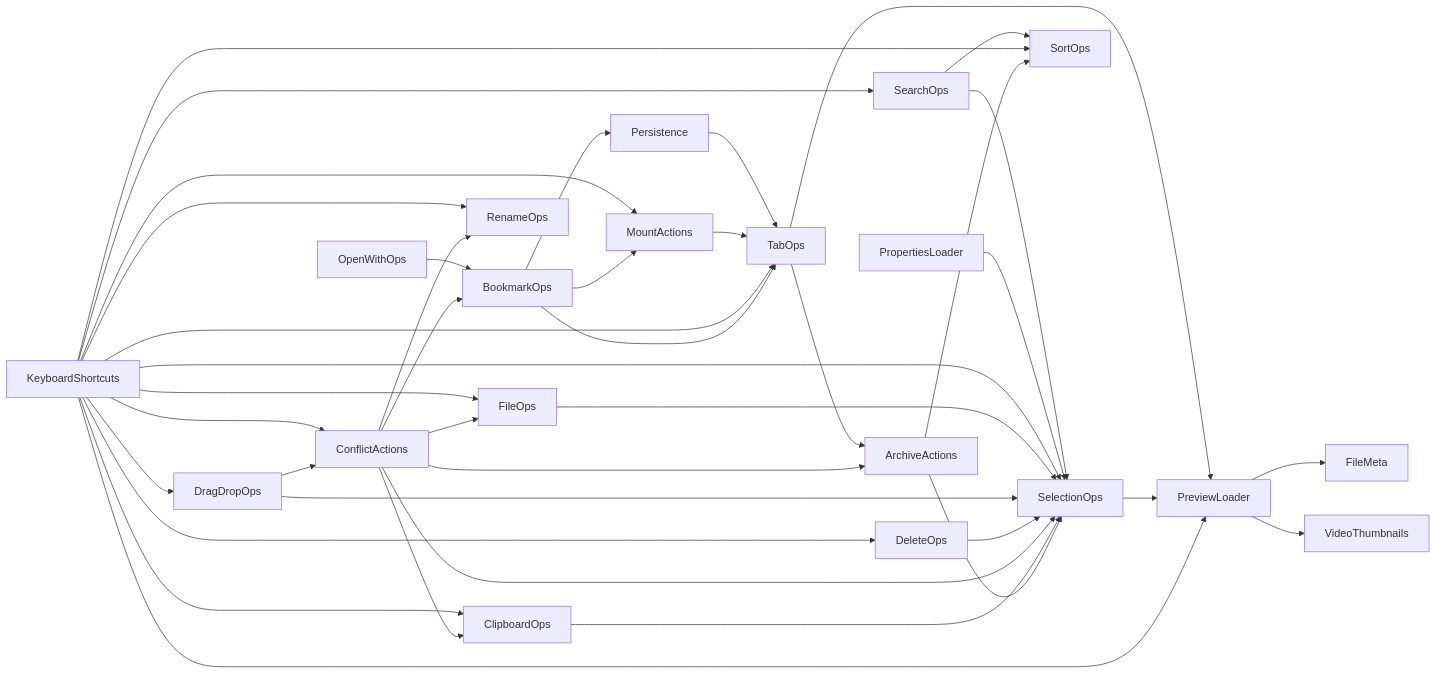
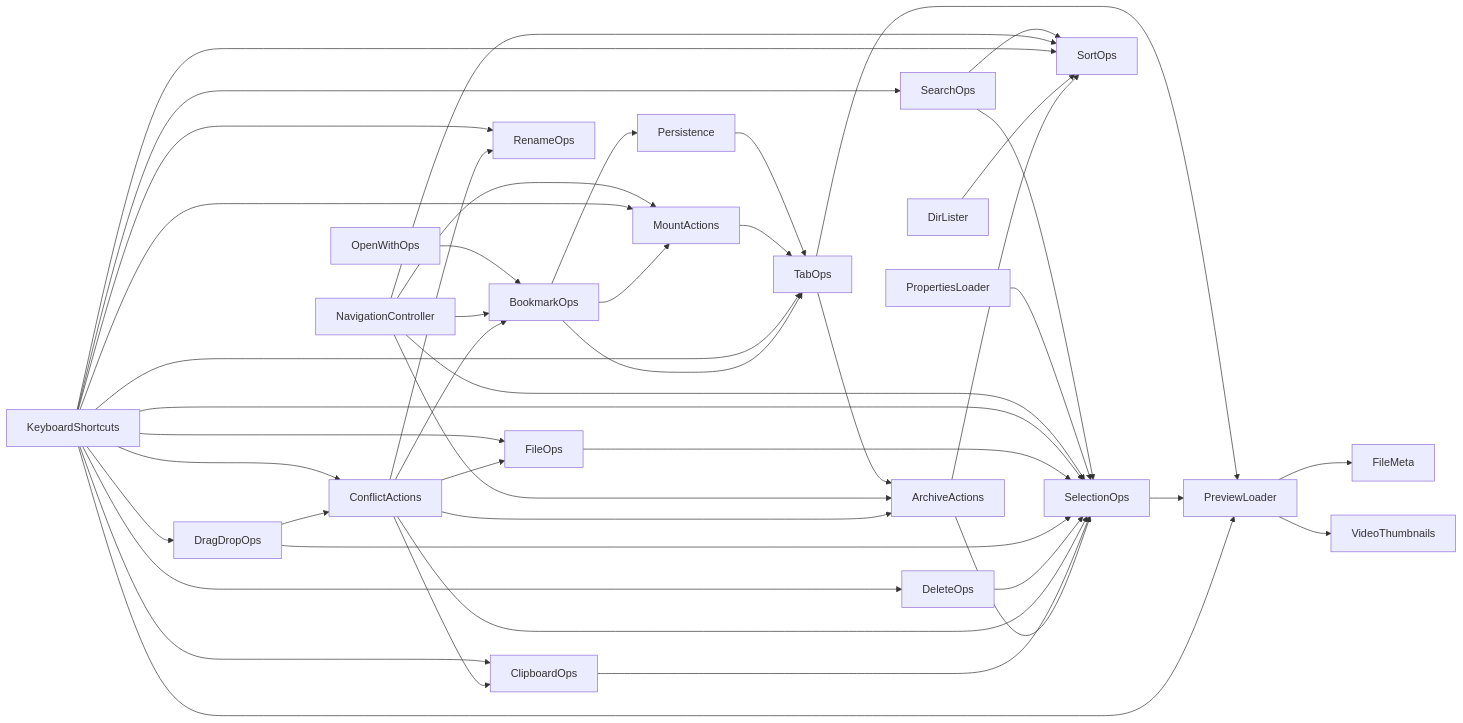
The diagram in DEPENDENCY_GRAPH.md (Flaxenox/omafiles), drawn with Mermaid before and after one commit. The commit also changed other lines of this file and 1 other file, not shown here.

````diff
--- a/DEPENDENCY_GRAPH.md
+++ b/DEPENDENCY_GRAPH.md
@@ -7,42 +9,48 @@
 ```mermaid
 graph LR
   ArchiveActions --> SelectionOps
   ArchiveActions --> SortOps
   BookmarkOps --> MountActions
   BookmarkOps --> Persistence
   BookmarkOps --> TabOps
   ClipboardOps --> SelectionOps
   ConflictActions --> ArchiveActions
   ConflictActions --> BookmarkOps
   ConflictActions --> ClipboardOps
   ConflictActions --> FileOps
   ConflictActions --> RenameOps
   ConflictActions --> SelectionOps
   DeleteOps --> SelectionOps
+  DirLister --> SortOps
   DragDropOps --> ConflictActions
   DragDropOps --> SelectionOps
   FileOps --> SelectionOps
   KeyboardShortcuts --> ClipboardOps
   KeyboardShortcuts --> ConflictActions
   KeyboardShortcuts --> DeleteOps
   KeyboardShortcuts --> DragDropOps
   KeyboardShortcuts --> FileOps
   KeyboardShortcuts --> MountActions
   KeyboardShortcuts --> PreviewLoader
   KeyboardShortcuts --> RenameOps
   KeyboardShortcuts --> SearchOps
   KeyboardShortcuts --> SelectionOps
   KeyboardShortcuts --> SortOps
   KeyboardShortcuts --> TabOps
   MountActions --> TabOps
+  NavigationController --> ArchiveActions
+  NavigationController --> BookmarkOps
+  NavigationController --> MountActions
+  NavigationController --> SelectionOps
+  NavigationController --> SortOps
   OpenWithOps --> BookmarkOps
   Persistence --> TabOps
   PreviewLoader --> FileMeta
   PreviewLoader --> VideoThumbnails
   PropertiesLoader --> SelectionOps
   SearchOps --> SelectionOps
   SearchOps --> SortOps
   SelectionOps --> PreviewLoader
   TabOps --> ArchiveActions
   TabOps --> PreviewLoader
 ```
````
